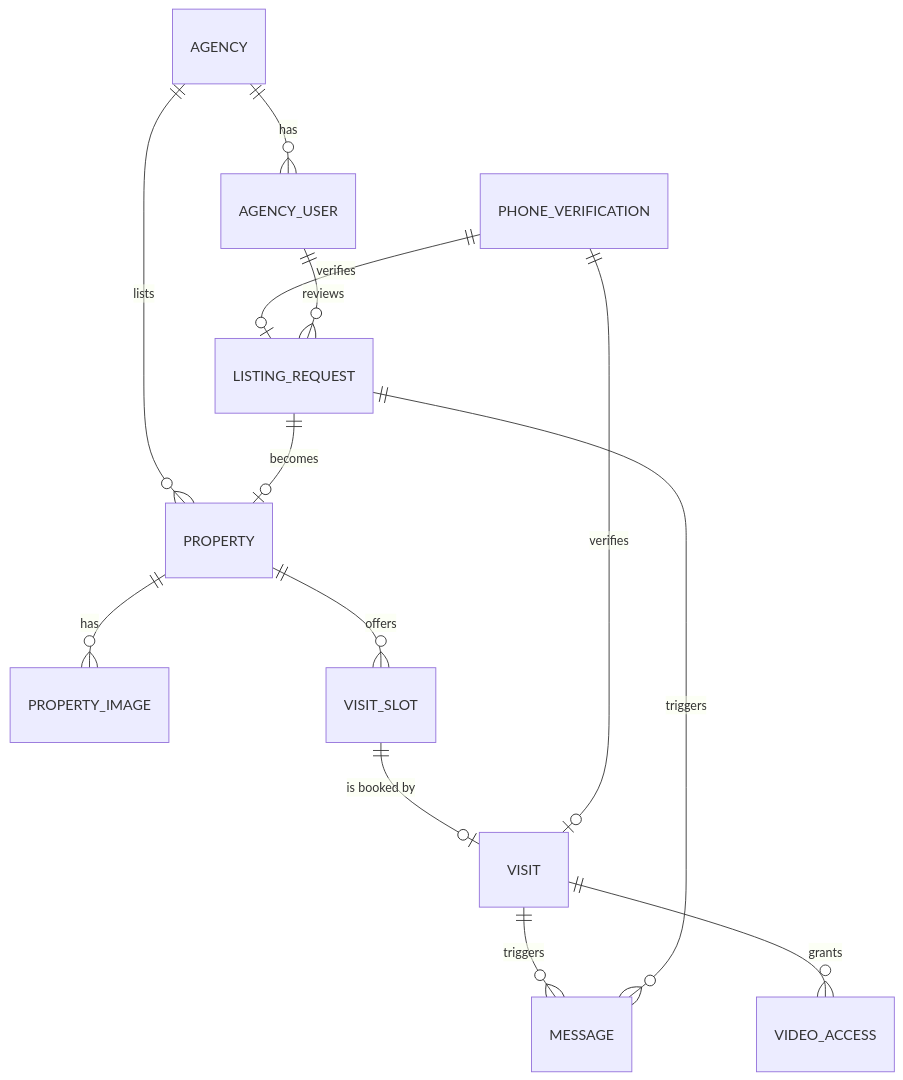
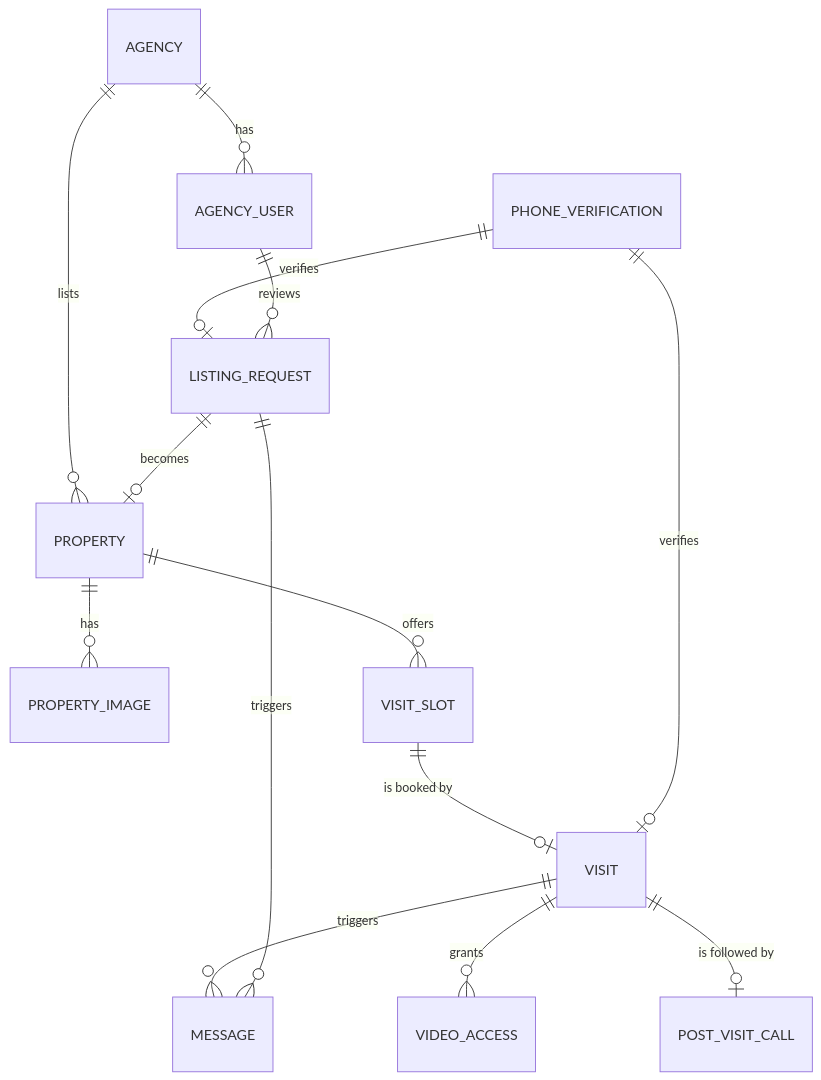
One commit to femCodersClub-vonage-program/secure-property-viewing changed the diagram in specs/data-model-and-api-contract.md. Above: the diagram before and after it, drawn with Mermaid. The commit also changed other lines of this file and 7 other files, not shown here.

First line of the commit message:
docs: document the post-visit call and its Voice setup

````diff
--- a/specs/data-model-and-api-contract.md
+++ b/specs/data-model-and-api-contract.md
@@ -49,15 +49,16 @@
 ```mermaid
 erDiagram
     AGENCY ||--o{ AGENCY_USER : has
     AGENCY ||--o{ PROPERTY : lists
     PROPERTY ||--o{ PROPERTY_IMAGE : has
     PROPERTY ||--o{ VISIT_SLOT : offers
     VISIT_SLOT ||--o| VISIT : "is booked by"
     PHONE_VERIFICATION ||--o| VISIT : verifies
     PHONE_VERIFICATION ||--o| LISTING_REQUEST : verifies
     AGENCY_USER ||--o{ LISTING_REQUEST : reviews
     LISTING_REQUEST ||--o| PROPERTY : "becomes"
     VISIT ||--o{ MESSAGE : triggers
     VISIT ||--o{ VIDEO_ACCESS : grants
+    VISIT ||--o| POST_VISIT_CALL : "is followed by"
     LISTING_REQUEST ||--o{ MESSAGE : triggers
 ```
````
